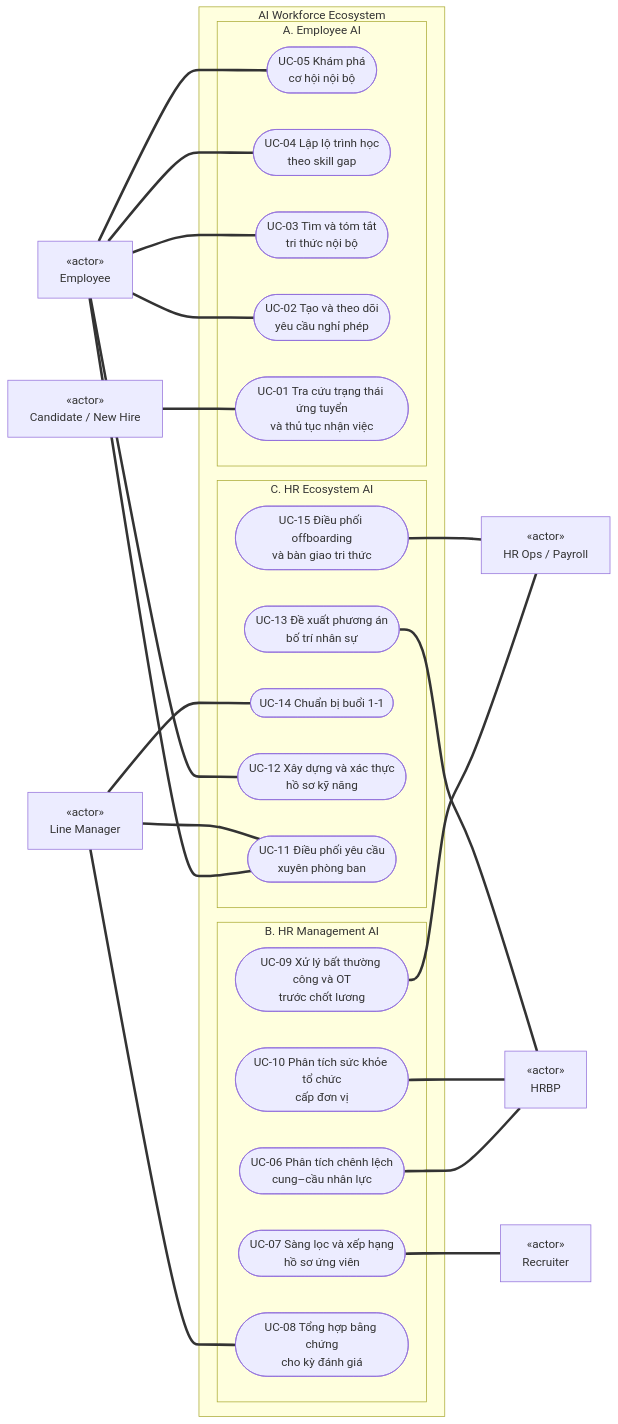
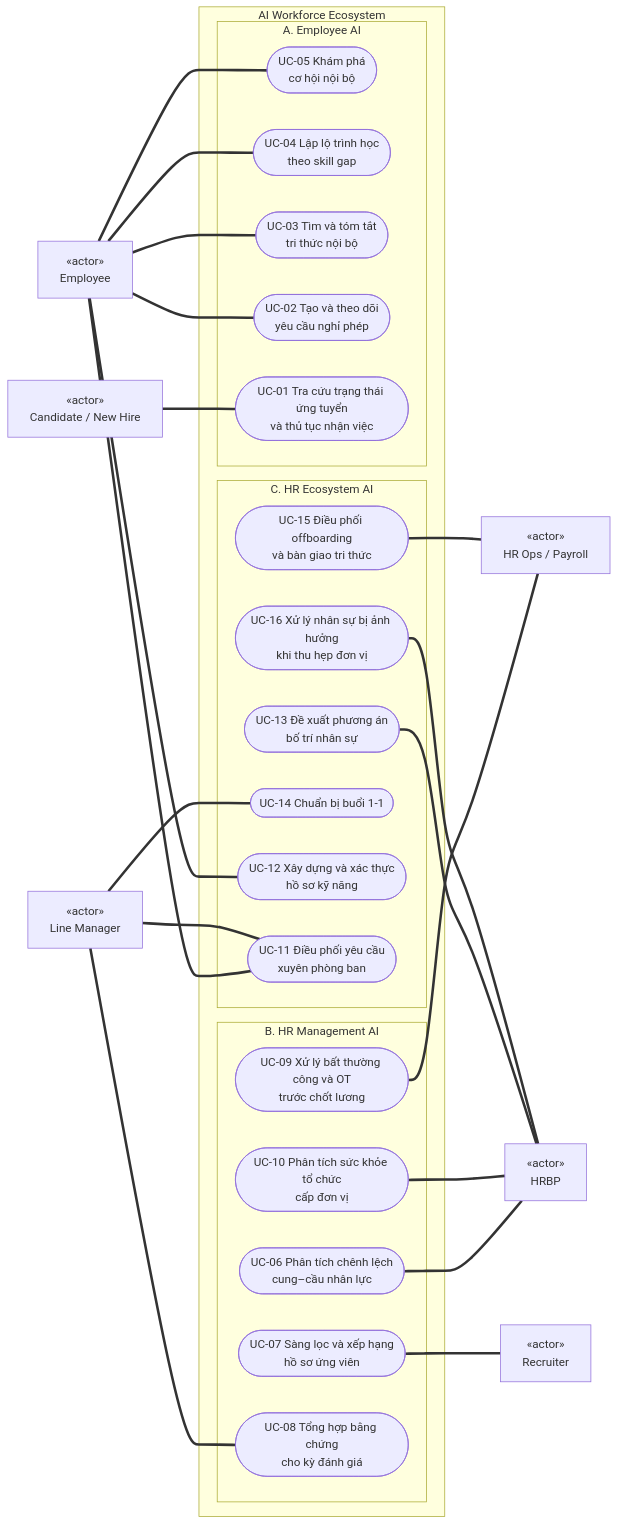
Before and after one commit to pbaodev/hrm-fuji: the first of 5 diagrams in docs/03-use-cases/UC_02_Diagrams.md, drawn with Mermaid. The commit also changed other lines of this file and 16 other files, not shown here.

````diff
--- a/docs/03-use-cases/UC_02_Diagrams.md
+++ b/docs/03-use-cases/UC_02_Diagrams.md
@@ -23,52 +23,54 @@
 ```mermaid
 flowchart LR
     LM["«actor»<br/>Line Manager"]
     EMP["«actor»<br/>Employee"]
     CAND["«actor»<br/>Candidate / New Hire"]
 
     subgraph SYS["AI Workforce Ecosystem"]
         subgraph GC["C. HR Ecosystem AI"]
             UC15(["UC-15 Điều phối offboarding<br/>và bàn giao tri thức"])
+            UC16(["UC-16 Xử lý nhân sự bị ảnh hưởng<br/>khi thu hẹp đơn vị"])
             UC13(["UC-13 Đề xuất phương án<br/>bố trí nhân sự"])
             UC14(["UC-14 Chuẩn bị buổi 1-1"])
             UC12(["UC-12 Xây dựng và xác thực<br/>hồ sơ kỹ năng"])
             UC11(["UC-11 Điều phối yêu cầu<br/>xuyên phòng ban"])
         end
         subgraph GB["B. HR Management AI"]
             UC09(["UC-09 Xử lý bất thường công và OT<br/>trước chốt lương"])
             UC10(["UC-10 Phân tích sức khỏe tổ chức<br/>cấp đơn vị"])
             UC06(["UC-06 Phân tích chênh lệch<br/>cung–cầu nhân lực"])
             UC07(["UC-07 Sàng lọc và xếp hạng<br/>hồ sơ ứng viên"])
             UC08(["UC-08 Tổng hợp bằng chứng<br/>cho kỳ đánh giá"])
         end
         subgraph GA["A. Employee AI"]
             UC05(["UC-05 Khám phá<br/>cơ hội nội bộ"])
             UC04(["UC-04 Lập lộ trình học<br/>theo skill gap"])
             UC03(["UC-03 Tìm và tóm tắt<br/>tri thức nội bộ"])
             UC02(["UC-02 Tạo và theo dõi<br/>yêu cầu nghỉ phép"])
             UC01(["UC-01 Tra cứu trạng thái ứng tuyển<br/>và thủ tục nhận việc"])
         end
     end
 
     OPS["«actor»<br/>HR Ops / Payroll"]
     HRBP["«actor»<br/>HRBP"]
     REC["«actor»<br/>Recruiter"]
 
     LM === UC14
     LM === UC11
     LM === UC08
     EMP === UC12
     EMP === UC11
     EMP === UC05
     EMP === UC04
     EMP === UC03
     EMP === UC02
     CAND === UC01
 
     UC15 === OPS
     UC09 === OPS
+    UC16 === HRBP
     UC13 === HRBP
     UC10 === HRBP
     UC06 === HRBP
     UC07 === REC
 ```
````
